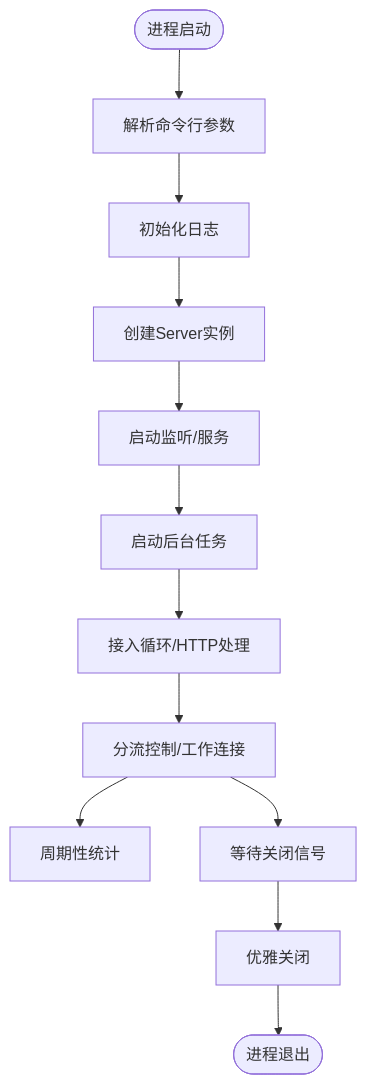
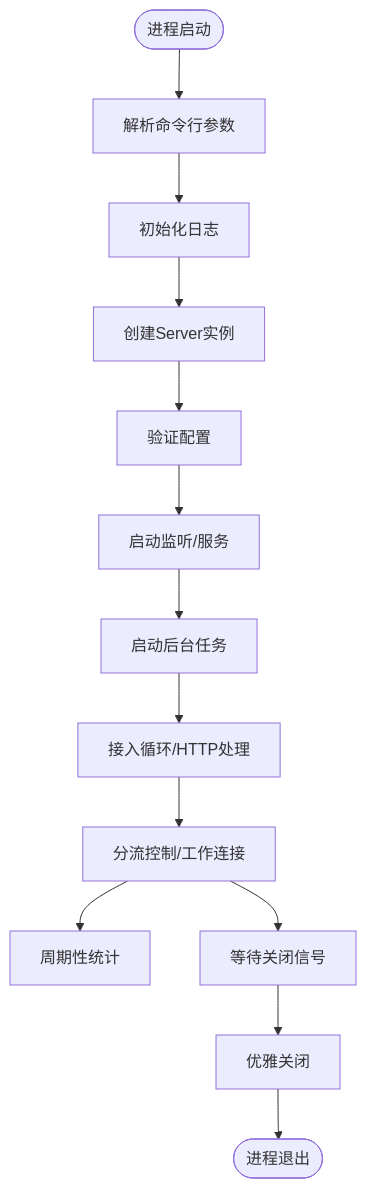
One commit to itsharex/NexTunnel changed the ninth of 10 diagrams in .qoder/repowiki/zh/content/服务端架构/服务端架构.md. Above: the diagram before and after it, drawn with Mermaid. The commit also changed other lines of this file and 32 other files, not shown here.

````diff
--- a/.qoder/repowiki/zh/content/服务端架构/服务端架构.md
+++ b/.qoder/repowiki/zh/content/服务端架构/服务端架构.md
@@ -337,14 +484,15 @@
 ```mermaid
 flowchart TD
 Start(["进程启动"]) --> Parse["解析命令行参数"]
 Parse --> InitLogger["初始化日志"]
 InitLogger --> NewServer["创建Server实例"]
-NewServer --> Run["启动监听/服务"]
+NewServer --> ValidateConfig["验证配置"]
+ValidateConfig --> Run["启动监听/服务"]
 Run --> Background["启动后台任务"]
 Background --> Accept["接入循环/HTTP处理"]
 Accept --> Handle["分流控制/工作连接"]
 Handle --> StatsTicker["周期性统计"]
 Handle --> Graceful["等待关闭信号"]
 Graceful --> Shutdown["优雅关闭"]
 Shutdown --> End(["进程退出"])
 ```
````
